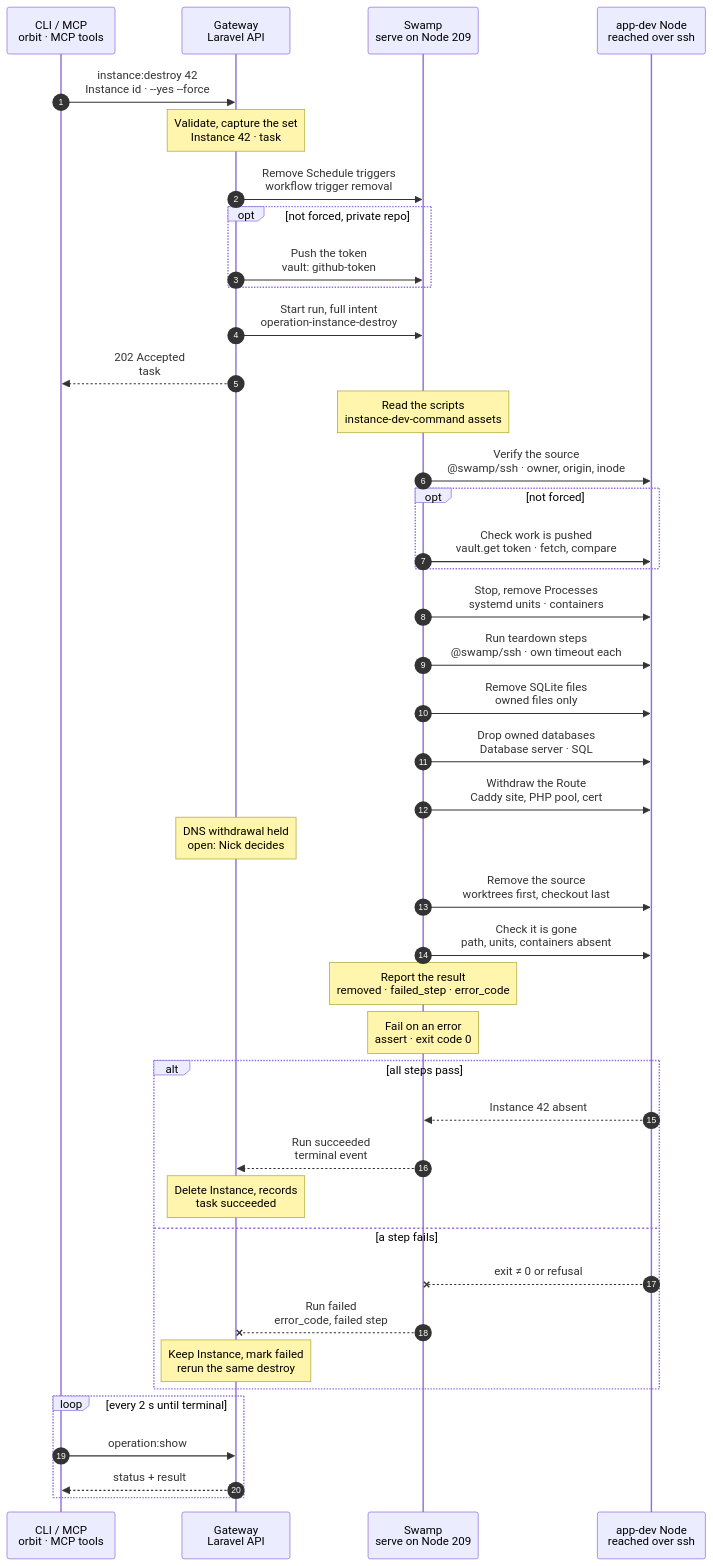
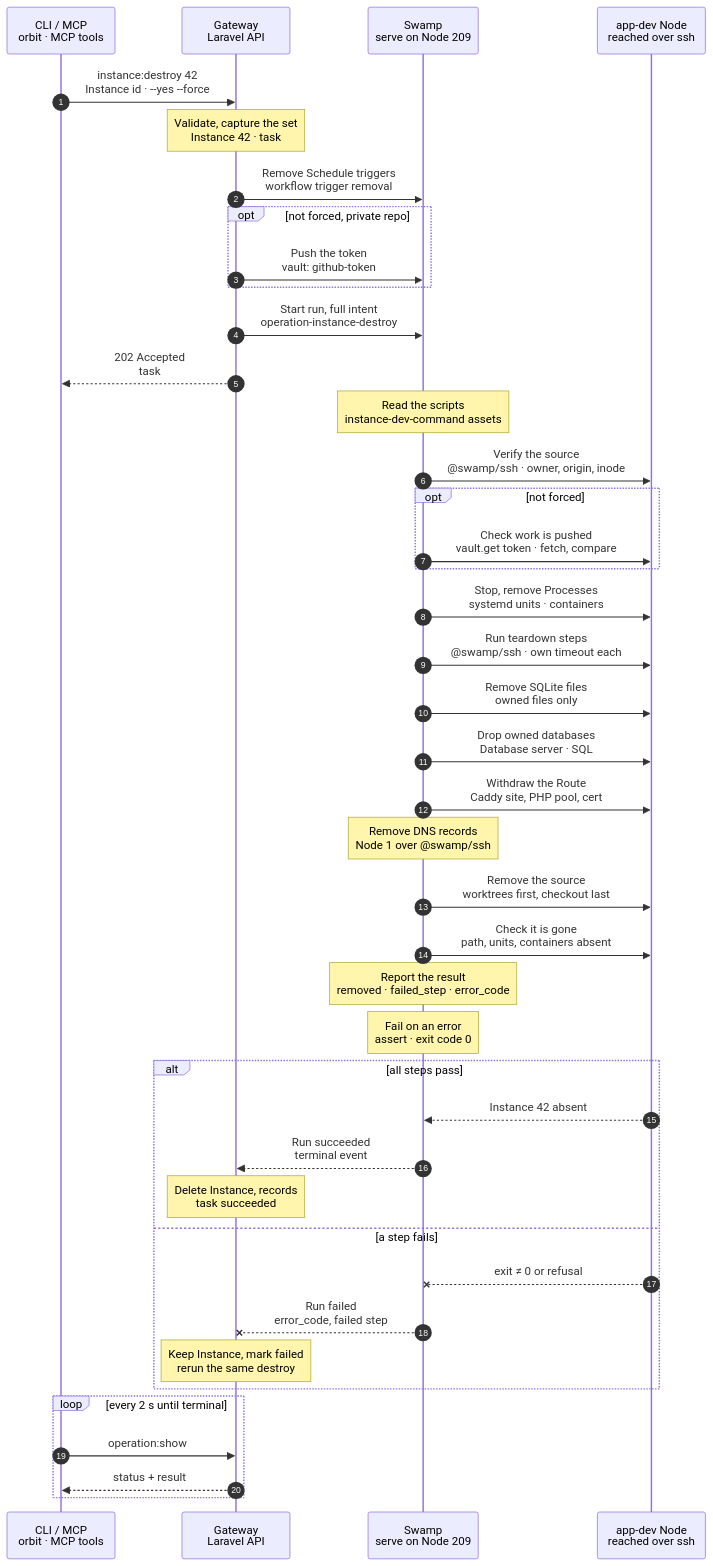
Before and after one commit to hardimpactdev/orbit: the diagram in docs/flows/instance.destroy.mmd, drawn with Mermaid.

Commit message:
docs(flows): instance.destroy

```diff
--- a/docs/flows/instance.destroy.mmd
+++ b/docs/flows/instance.destroy.mmd
@@ -1,180 +1,181 @@
 sequenceDiagram
-  %% Target design: ADR 0244 task, R1-R4, single-swamp-node (@swamp/ssh from 209), DECISIONS 1 (token minted at admission, vault.get), 2 (DNS held), Schedules native (Nick 2026-11-02). docs/reference/instance-removal.md.
+  %% Target design: ADR 0244 task, R1-R4, single-swamp-node (@swamp/ssh from 209), DECISIONS 1 (token minted at admission, vault.get), Schedules native (Nick 2026-11-02). docs/reference/instance-removal.md.
   %% status: draft
   %% command: instance:destroy
   autonumber
   %% lane CLI icon=terminal pill=caller tone=gray
   %% lane GW icon=gateway pill=intent tone=blue
   %% lane SW icon=workflow pill=executes tone=green
   %% lane N icon=server pill=target tone=amber
   participant CLI as CLI / MCP<br/>orbit · MCP tools
   participant GW as Gateway<br/>Laravel API
   participant SW as Swamp<br/>serve on Node 209
   participant N as app-dev Node<br/>reached over ssh
   CLI->>GW: instance:destroy 42<br/>Instance id · --yes --force
   %%> Command:
   %%> - `orbit instance:destroy 42 --yes`
   %%> - syntax: `<instance> [--yes] [--force] [--idempotency-key=KEY] [--json]`
   %%> Input:
   %%> - the Instance's id, as `instance:list` shows it
   %%> Confirmation:
   %%> - without `--yes`, the CLI asks first; the default is No
   %%> - without a terminal, or with `--json`, `--yes` is required
   %%> With `--force`:
   %%> - also deletes dirty or unpublished source, and a checkout with its linked worktrees
   %%> - it never waives the source identity checks, and it is not consent
   Note over GW: Validate, capture the set<br/>Instance 42 · task #5132
   %%> Requirements:
   %%> - your Node has an access grant to Node 12, which runs Instance 42
   %%> - Instance 42 is a development Instance; production removal is not charted here
   %%> - no other lifecycle change and no unfinished transfer holds Instance 42
   %%> Captures:
   %%> - the source: path, owner, origin, branch, linked worktrees
   %%> - what Instance 42 owns: Processes, Schedules, Route, SQLite files, server databases
   %%> - the Project teardown steps
   %%> Result:
   %%> - Instance 42 is marked removing, with the captured set
   %%> - task #5132 recorded with the full intent
   GW->>SW: Remove Schedule triggers<br/>workflow trigger removal
   %%> What it does:
   %%> - removes the native Swamp schedule trigger of each Schedule of Instance 42
   %%> - there is no Node work here; Schedules install nothing on Nodes
   %%> Why first:
   %%> - no new fire starts against a checkout that is being removed
   %%> Running fire:
   %%> - a fire that already started runs to its end, within its own timeout, and is still recorded
   opt not forced, private repo
     GW->>SW: Push the token<br/>vault: github-token
     %%> Why:
     %%> - a normal removal checks that the work is pushed, which needs a fetch from origin
     %%> - only the Gateway holds the GitHub App key
     %%> What it does:
     %%> - mints a read token for this one repository, valid 1 hour, and pushes it into Swamp's vault
     %%> Not needed:
     %%> - with `--force`, or for a public repository
   end
   GW->>SW: Start run, full intent<br/>operation-instance-destroy
   %%> What it does:
   %%> - starts one run of `operation-instance-destroy` on Swamp serve (Node 209)
   %%> Inputs:
   %%> - Node 12's address and SSH host keys; the SSH identity comes from the `swamp` role
   %%> - the captured set, the teardown steps, the Node's managed user
   %%> - secrets only as vault key names
   GW-->>CLI: 202 Accepted<br/>task #5132
   %%> What you get:
   %%> - the task number, at once
   %%> Next:
   %%> - the CLI follows the task with `operation:show`
   Note over SW: Read the scripts<br/>instance-dev-command assets
   %%> What it does:
   %%> - reads the shipped destroy phase scripts and the teardown runner on 209, to send them over SSH in argv
   SW->>N: Verify the source<br/>@swamp/ssh · owner, origin, inode
   %%> What it does:
   %%> - checks that the checkout and its linked worktrees are the ones captured at admission
   %%> - same path, owner, origin and filesystem identity
   %%> Refuses:
   %%> - another checkout, owner or Node, also with `--force`
   %%> - a symlink in place of the checkout
   opt not forced
     SW->>N: Check work is pushed<br/>vault.get token · fetch, compare
     %%> What it does:
     %%> - fetches origin with the vault token and compares
     %%> Refuses:
     %%> - dirty source
     %%> - a `HEAD` that no origin branch or tag contains
     %%> - linked worktrees on the checkout
     %%> Result of a refusal:
     %%> - the run stops here and nothing changes
   end
   SW->>N: Stop, remove Processes<br/>systemd units · containers
   %%> What it does:
   %%> - stops each Process of Instance 42 and removes its unit or container
   %%> Why before teardown:
   %%> - nothing still writes to the application while teardown runs
   %%> Not included:
   %%> - Processes of other Instances on Node 12
   SW->>N: Run teardown steps<br/>@swamp/ssh · own timeout each
   %%> What it does:
   %%> - runs the Project's teardown steps in order, as the Node's managed user, from the repository root
   %%> Limits:
   %%> - each step has its own timeout
   %%> Failure:
   %%> - a failed step fails the run; the next `instance:destroy` runs the whole list again
   SW->>N: Remove SQLite files<br/>owned files only
   %%> What it does:
   %%> - deletes the SQLite files that Instance 42 owns
   %%> Not included:
   %%> - databases on a Database server; the next step drops them
   SW->>N: Drop owned databases<br/>Database server · SQL
   %%> What it does:
   %%> - drops each database and user that Instance 42 owns on a Database server, one canonical server child per server
   %%> How:
   %%> - the server child reads each server's admitted password from the vault; the Gateway copies it at run start
   %%> Not included:
   %%> - registered external databases; their records go with the Instance, nothing on their host changes
   SW->>N: Withdraw the Route<br/>Caddy site, PHP pool, cert
   %%> What it does:
   %%> - removes the Caddy site of Instance 42 and reloads Caddy; no restart
   %%> - removes its PHP pool and its certificate
   %%> Keeps:
   %%> - every other site, pool and certificate on Node 12
-  Note over GW: DNS withdrawal held<br/>open: Nick decides
-  %%> Open:
-  %%> - DNS publication for Routes is on hold (`native-dns-takeover-held`)
-  %%> - until Nick decides, the run removes no DNS record
+  Note over SW: Remove DNS records<br/>Node 1 over @swamp/ssh
+  %%> What it does:
+  %%> - removes the private DNS records of Instance 42's Routes, then waits the 31-second grace
+  %%> How:
+  %%> - over SSH from 209 to the VPN Node (Node 1), with the `swamp` role's key
   SW->>N: Remove the source<br/>worktrees first, checkout last
   %%> What it does:
   %%> - removes linked worktrees, then the checkout itself
   %%> - deletes only the paths whose identity it verified
   %%> Runs as:
   %%> - the Node's own user, not root
   SW->>N: Check it is gone<br/>path, units, containers absent
   %%> What it does:
   %%> - checks that the checkout, its removal quarantine, the Process units and containers are absent
   %%> - the Route's own steps already confirmed its Caddy site is gone
   %%> Why:
   %%> - Instance 42 only counts as removed when the Node shows it
   Note over SW: Report the result<br/>removed · failed_step · error_code
   %%> What it does:
   %%> - maps the first failed step to its error code and keeps the source capture for a rerun
   Note over SW: Fail on an error<br/>assert · exit code 0
   %%> What it does:
   %%> - fails the run when the report holds an `error_code`, so the task fails with that code
   alt all steps pass
     N-->>SW: Instance 42 absent
     %%> Returns:
     %%> - the check passed
     SW-->>GW: Run succeeded<br/>terminal event
     %%> How the Gateway learns it:
     %%> - its shared run reader sees the terminal event; Swamp never calls the Gateway
     Note over GW: Delete Instance, records<br/>task succeeded
     %%> Result:
     %%> - Instance 42 is deleted, with its Processes, Schedules and Route records
     %%> - owned database records are deleted
     %%> - closed transfer history stays, without its Instance link
     %%> - task #5132 succeeds
   else a step fails
     N--xSW: exit ≠ 0 or refusal
     %%> When:
     %%> - a source check refuses, a teardown step fails, or something is still there
     SW--xGW: Run failed<br/>error_code, failed step
     %%> The Gateway reads:
     %%> - which step failed and its error code
     Note over GW: Keep Instance, mark failed<br/>rerun the same destroy
     %%> Result:
     %%> - Instance 42 and its records stay, marked removal failed
     %%> - task #5132 fails
     %%> On the Node:
     %%> - what was already removed stays removed; no rollback
     %%> - the Schedule triggers stay removed
     %%> Retry:
     %%> - run `instance:destroy 42` again; it is a new task and converges the same captured set
   end
   loop every 2 s until terminal
     CLI->>GW: operation:show #5132
     %%> What it does:
     %%> - asks for the task's status every 2 seconds until it has ended
     GW-->>CLI: status + result
     %%> Returns:
     %%> - the current status, and the result once the task has ended
   end
```
